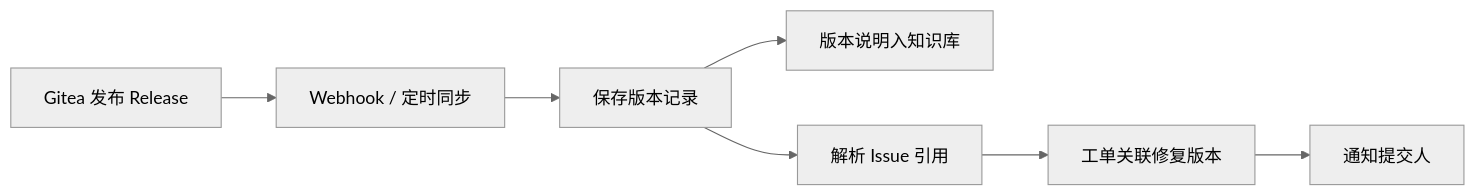
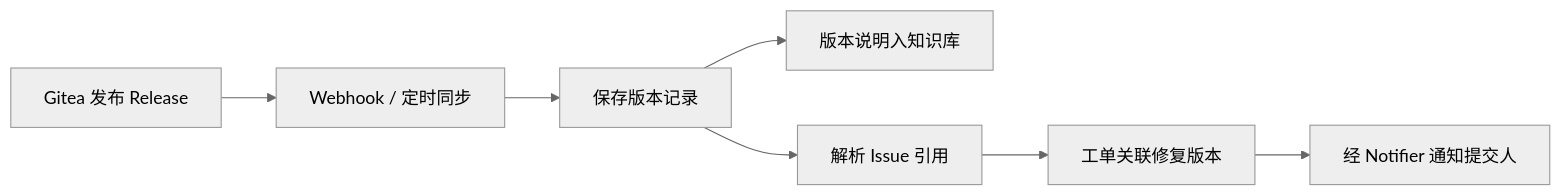
One commit to zhouhao4221/lingo changed the fourth of 7 diagrams in docs/requirements/PRD.md. Above: the diagram before and after it, drawn with Mermaid. The commit also changed other lines of this file and 37 other files, not shown here.

````diff
--- a/docs/requirements/PRD.md
+++ b/docs/requirements/PRD.md
@@ -307,10 +307,10 @@
 ```mermaid
 %%{init: {'theme':'neutral'}}%%
 flowchart LR
   A[Gitea 发布 Release] --> B[Webhook / 定时同步]
   B --> C[保存版本记录]
   C --> D[版本说明入知识库]
   C --> E[解析 Issue 引用]
   E --> F[工单关联修复版本]
-  F --> G[通知提交人]
+  F --> G[经 Notifier 通知提交人]
 ```
````
